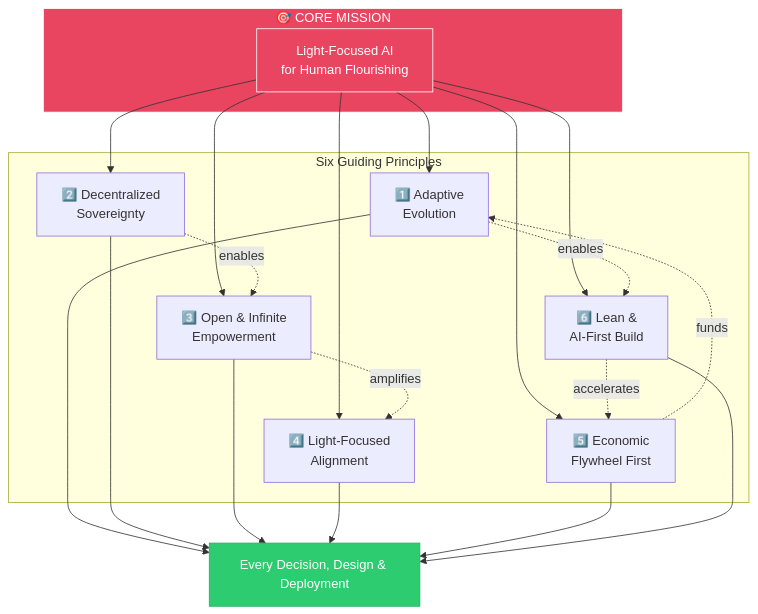
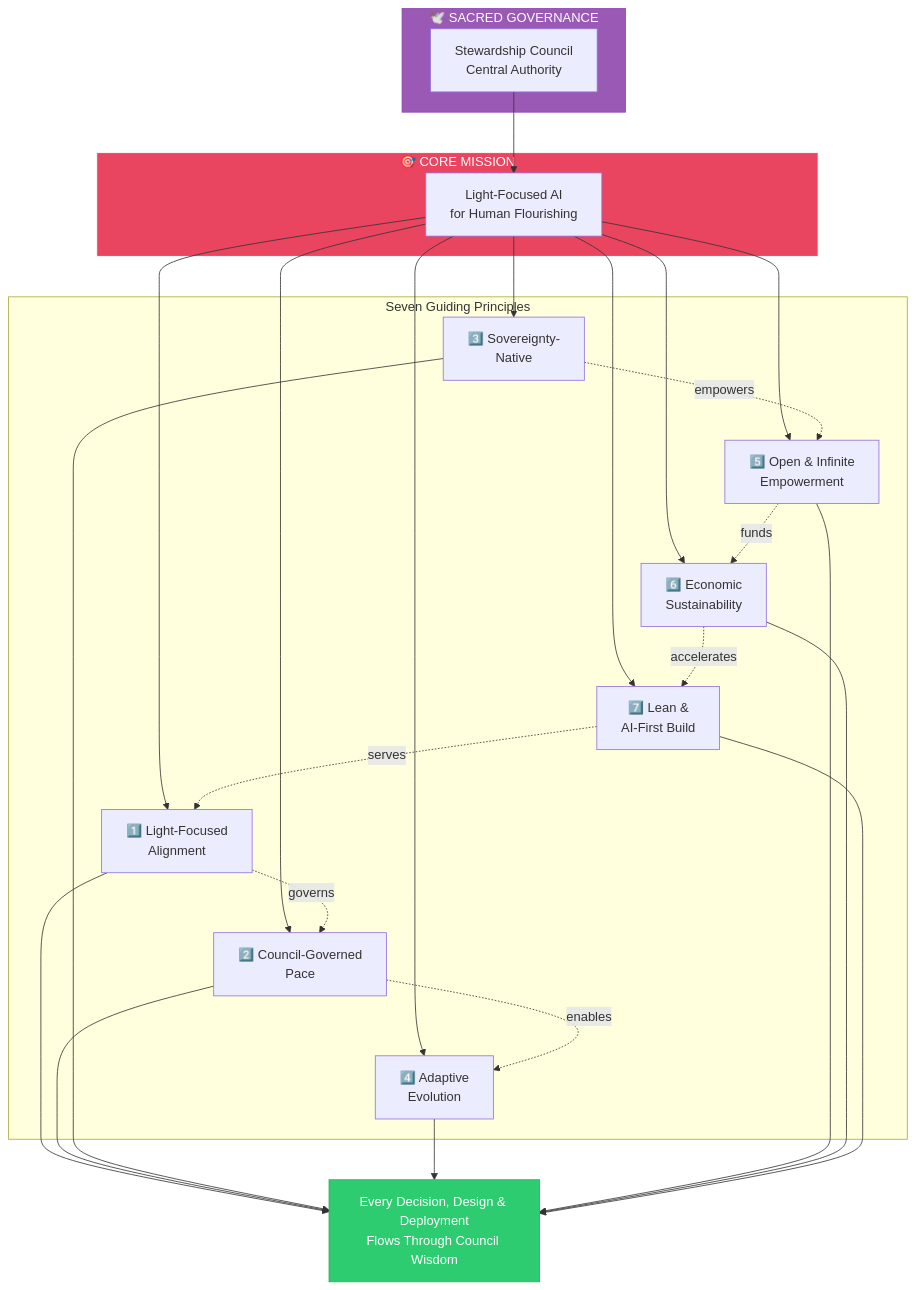
Before and after one commit to Light-Brands/brand-factory: the second of 2 diagrams in planning/01-guiding-principles.md, drawn with Mermaid. The commit also changed other lines of this file and 7 other files, not shown here.

First line of the commit message:
feat: Integrate Stewardship Council as central decision authority - 10/10 alignment achieved

````diff
--- a/planning/01-guiding-principles.md
+++ b/planning/01-guiding-principles.md
@@ -40,29 +40,36 @@
 ```mermaid
 flowchart TB
+    subgraph SACRED["🕊️ SACRED GOVERNANCE"]
+        COUNCIL["Stewardship Council<br/>Central Authority"]
+    end
+
     subgraph CORE["🎯 CORE MISSION"]
         M["Light-Focused AI<br/>for Human Flourishing"]
     end
 
-    subgraph PRINCIPLES["Six Guiding Principles"]
-        P1["1️⃣ Adaptive<br/>Evolution"]
-        P2["2️⃣ Decentralized<br/>Sovereignty"]
-        P3["3️⃣ Open & Infinite<br/>Empowerment"]
-        P4["4️⃣ Light-Focused<br/>Alignment"]
-        P5["5️⃣ Economic<br/>Flywheel First"]
-        P6["6️⃣ Lean &<br/>AI-First Build"]
+    subgraph PRINCIPLES["Seven Guiding Principles"]
+        P1["1️⃣ Light-Focused<br/>Alignment"]
+        P2["2️⃣ Council-Governed<br/>Pace"]
+        P3["3️⃣ Sovereignty-<br/>Native"]
+        P4["4️⃣ Adaptive<br/>Evolution"]
+        P5["5️⃣ Open & Infinite<br/>Empowerment"]
+        P6["6️⃣ Economic<br/>Sustainability"]
+        P7["7️⃣ Lean &<br/>AI-First Build"]
     end
 
-    M --> P1 & P2 & P3 & P4 & P5 & P6
+    COUNCIL --> M
+    M --> P1 & P2 & P3 & P4 & P5 & P6 & P7
 
-    P1 -.->|enables| P6
-    P2 -.->|enables| P3
-    P3 -.->|amplifies| P4
-    P5 -.->|funds| P1
-    P6 -.->|accelerates| P5
+    P1 -.->|governs| P2
+    P2 -.->|enables| P4
+    P3 -.->|empowers| P5
+    P5 -.->|funds| P6
+    P6 -.->|accelerates| P7
+    P7 -.->|serves| P1
 
-    P1 & P2 & P3 & P4 & P5 & P6 --> RESULT["Every Decision, Design & Deployment"]
+    P1 & P2 & P3 & P4 & P5 & P6 & P7 --> RESULT["Every Decision, Design & Deployment<br/>Flows Through Council Wisdom"]
 
+    style SACRED fill:#9b59b6,stroke:#8e44ad,color:#fff
     style CORE fill:#e94560,stroke:#fff,color:#fff
-    style M fill:#e94560,stroke:#fff,color:#fff
     style RESULT fill:#2ecc71,stroke:#27ae60,color:#fff
 ```
````
